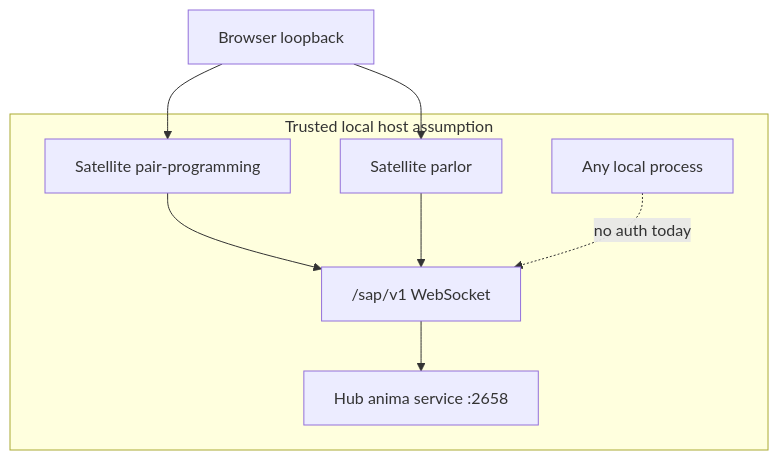
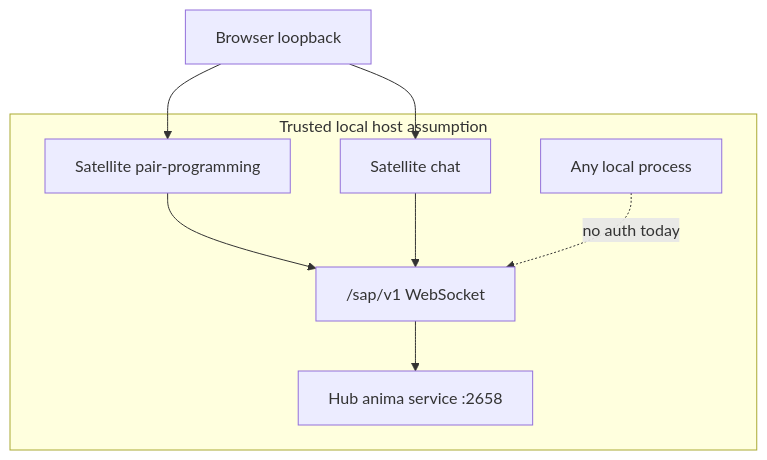
One commit to freeanima-org/freeanima changed the diagram in docs/sap/security-model.md. Above: the diagram before and after it, drawn with Mermaid. The commit also changed 114 other files, not shown here.

First line of the commit message:
refactor(satellite)!: 将 parlor 重命名为 chat

````diff
--- a/docs/sap/security-model.md
+++ b/docs/sap/security-model.md
@@ -11,17 +11,17 @@
 ```mermaid
 flowchart TB
   subgraph trusted [Trusted local host assumption]
     Hub["Hub anima service :2658"]
     SapEndpoint["/sap/v1 WebSocket"]
     SatA[Satellite pair-programming]
-    SatB[Satellite parlor]
+    SatB[Satellite chat]
     Other[Any local process]
   end
   Browser[Browser loopback]
   Browser --> SatA
   Browser --> SatB
   SatA --> SapEndpoint
   SatB --> SapEndpoint
   Other -.->|"no auth today"| SapEndpoint
   SapEndpoint --> Hub
 ```
````
